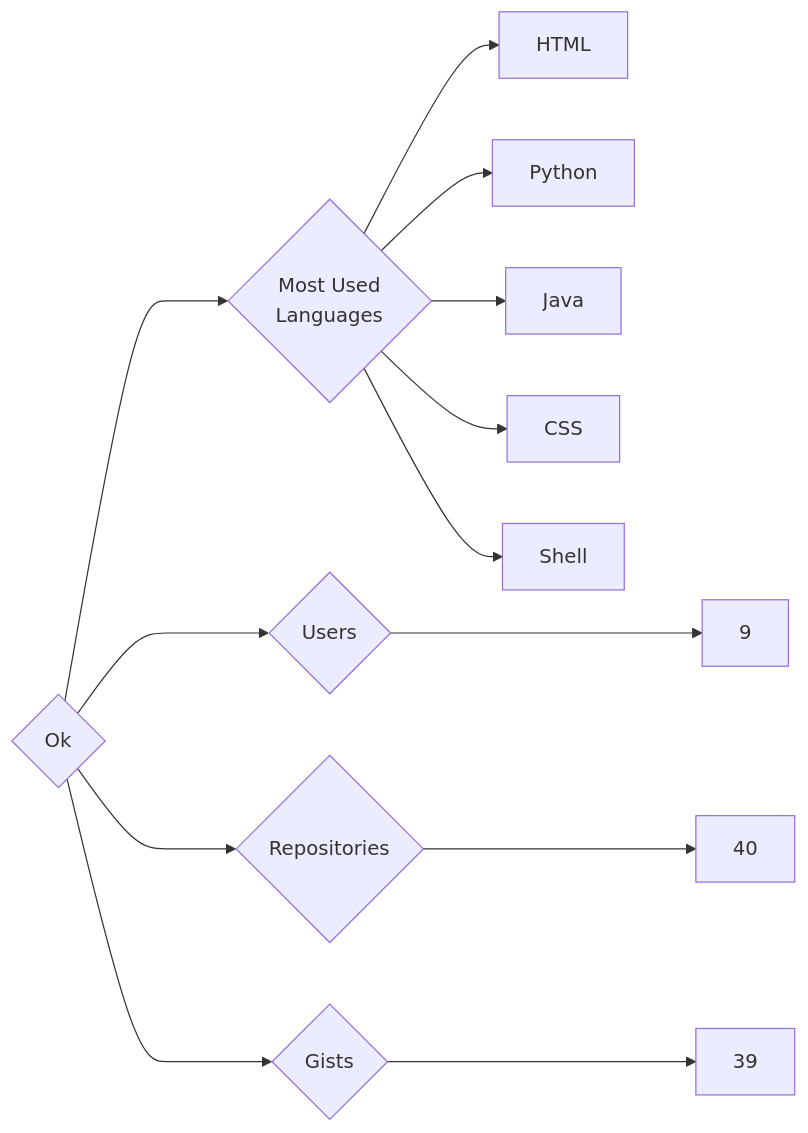
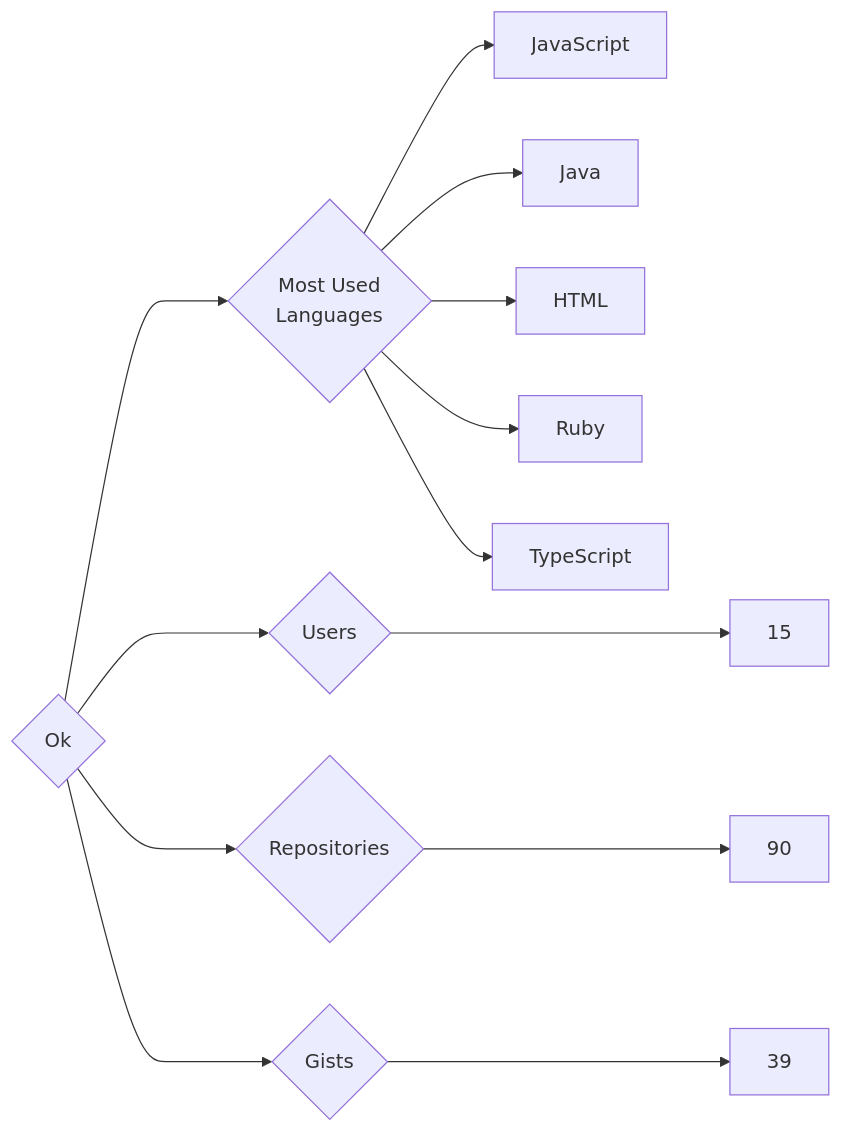
Before and after one commit to trickest/insiders: the diagram in targets/Ok/README.md, drawn with Mermaid. The commit also changed 682 other files, not shown here.

````diff
--- a/targets/Ok/README.md
+++ b/targets/Ok/README.md
@@ -3,13 +3,13 @@
 ```mermaid
 graph LR
 COMPANY_NAME{Ok}
-COMPANY_NAME ---> U{Users} ---> UN[9]
-COMPANY_NAME ---> R{Repositories} ---> RN[40]
+COMPANY_NAME ---> U{Users} ---> UN[15]
+COMPANY_NAME ---> R{Repositories} ---> RN[90]
 COMPANY_NAME ---> G{Gists} ---> GN[39]
 COMPANY_NAME ---> ML{Most Used<br>Languages}
+ML --> JavaScript[JavaScript]
+ML --> Java[Java]
 ML --> HTML[HTML]
-ML --> Python[Python]
-ML --> Java[Java]
-ML --> CSS[CSS]
-ML --> Shell[Shell]
+ML --> Ruby[Ruby]
+ML --> TypeScript[TypeScript]
 ```
````
